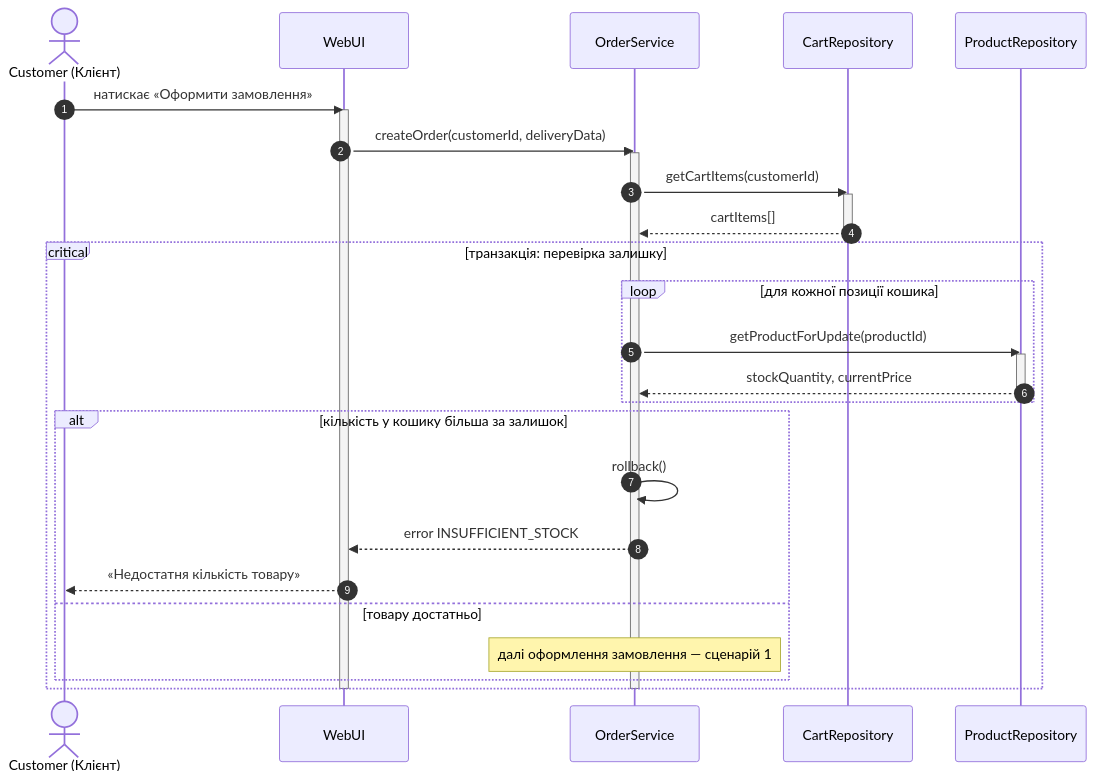
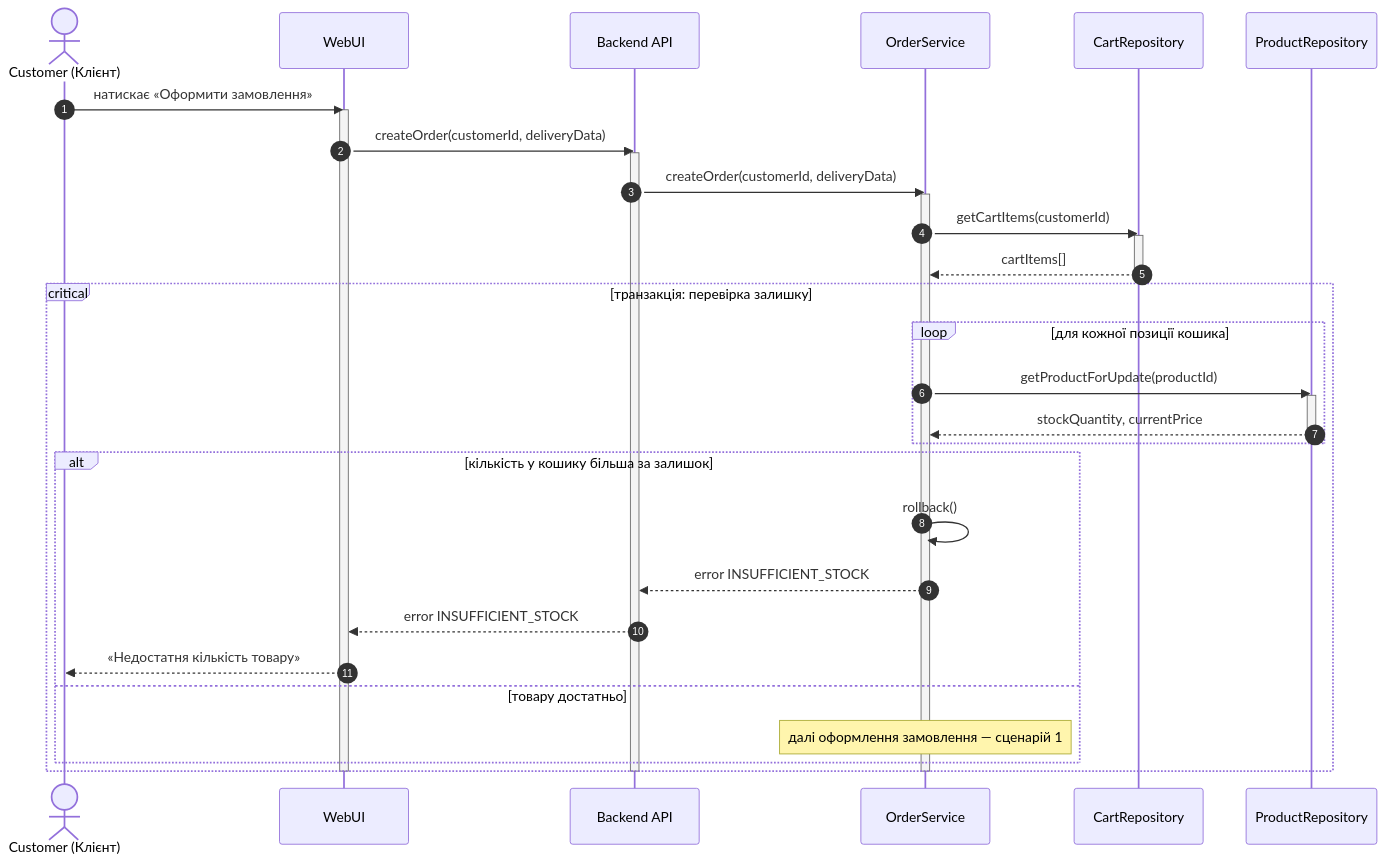
Before and after one commit to AlegZabivnoy/Software-engineering-components-2-: the diagram in Diagrams/sequence-uc03-no-stock.mmd, drawn with Mermaid. The commit also changed 3 other files, not shown here.

Commit message:
fix: add API layer to sequence diagrams

```diff
--- a/Diagrams/sequence-uc03-no-stock.mmd
+++ b/Diagrams/sequence-uc03-no-stock.mmd
@@ -1,35 +1,40 @@
 sequenceDiagram
     autonumber
     actor C as Customer (Клієнт)
     participant UI as WebUI
+    participant API as Backend API
     participant OS as OrderService
     participant CR as CartRepository
     participant PR as ProductRepository
 
     C->>UI: натискає «Оформити замовлення»
     activate UI
-    UI->>OS: createOrder(customerId, deliveryData)
+    UI->>API: createOrder(customerId, deliveryData)
+    activate API
+    API->>OS: createOrder(customerId, deliveryData)
     activate OS
     OS->>CR: getCartItems(customerId)
     activate CR
     CR-->>OS: cartItems[]
     deactivate CR
 
     critical транзакція: перевірка залишку
         loop для кожної позиції кошика
             OS->>PR: getProductForUpdate(productId)
             activate PR
             PR-->>OS: stockQuantity, currentPrice
             deactivate PR
         end
 
         alt кількість у кошику більша за залишок
             OS->>OS: rollback()
-            OS-->>UI: error INSUFFICIENT_STOCK
+            OS-->>API: error INSUFFICIENT_STOCK
+            API-->>UI: error INSUFFICIENT_STOCK
             UI-->>C: «Недостатня кількість товару»
         else товару достатньо
             Note over OS: далі оформлення замовлення — сценарій 1
         end
     end
     deactivate OS
+    deactivate API
     deactivate UI
```
